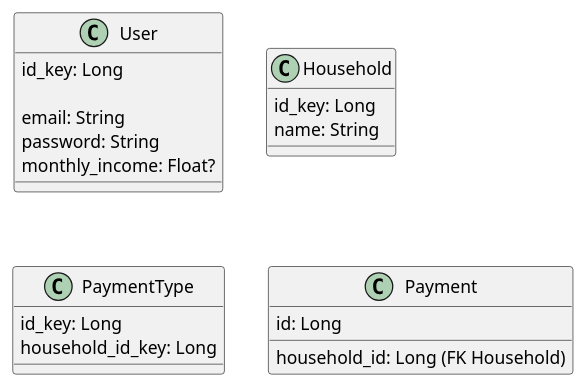
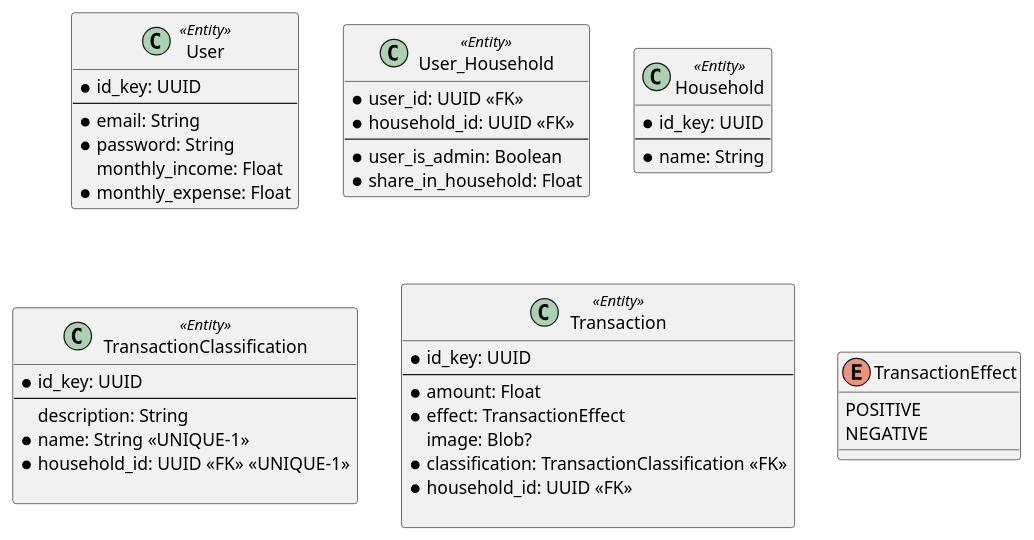
The diagram in java-spring-backend/src/main/puml/domain.puml (GroellerKarim/Haushalt), drawn with PlantUML before and after one commit.

Commit message:
Added TransactionClassification, Transaction to puml

```diff
--- a/java-spring-backend/src/main/puml/domain.puml
+++ b/java-spring-backend/src/main/puml/domain.puml
@@ -1,30 +1,51 @@
 @startuml
 
-class User {
-    id_key: Long
-
-    email: String
-    password: String
-    monthly_income: Float?
+class User <<Entity>> {
+    *id_key: UUID
+    --
+    *email: String
+    *password: String
+    monthly_income: Float
+    *monthly_expense: Float
 }
 
-class Household {
-    id_key: Long
-    name: String
+class User_Household <<Entity>>{
+    *user_id: UUID <<FK>>
+    *household_id: UUID <<FK>>
+    --
+    *user_is_admin: Boolean
+    *share_in_household: Float
+}
+
+class Household <<Entity>>{
+    *id_key: UUID
+    --
+    *name: String
+}
+
+class TransactionClassification <<Entity>>{
+    * id_key: UUID
+    --
+    description: String
+    *name: String <<UNIQUE-1>>
+    *household_id: UUID <<FK>> <<UNIQUE-1>>
 
 }
 
-class PaymentType {
-    id_key: Long
-    household_id_key: Long
-
+class Transaction <<Entity>>{
+    *id_key: UUID
+    --
+    *amount: Float
+    *effect: TransactionEffect
+    image: Blob?
+    *classification: TransactionClassification <<FK>>
+    *household_id: UUID <<FK>>
 
 }
 
-class Payment {
-    id: Long
-    household_id: Long (FK Household)
-
+enum TransactionEffect {
+    POSITIVE
+    NEGATIVE
 }
 
 @enduml
```
